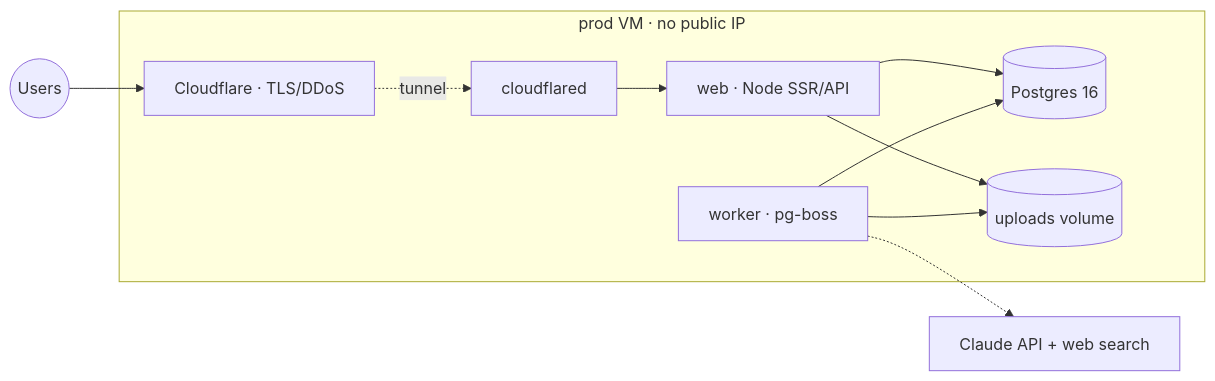
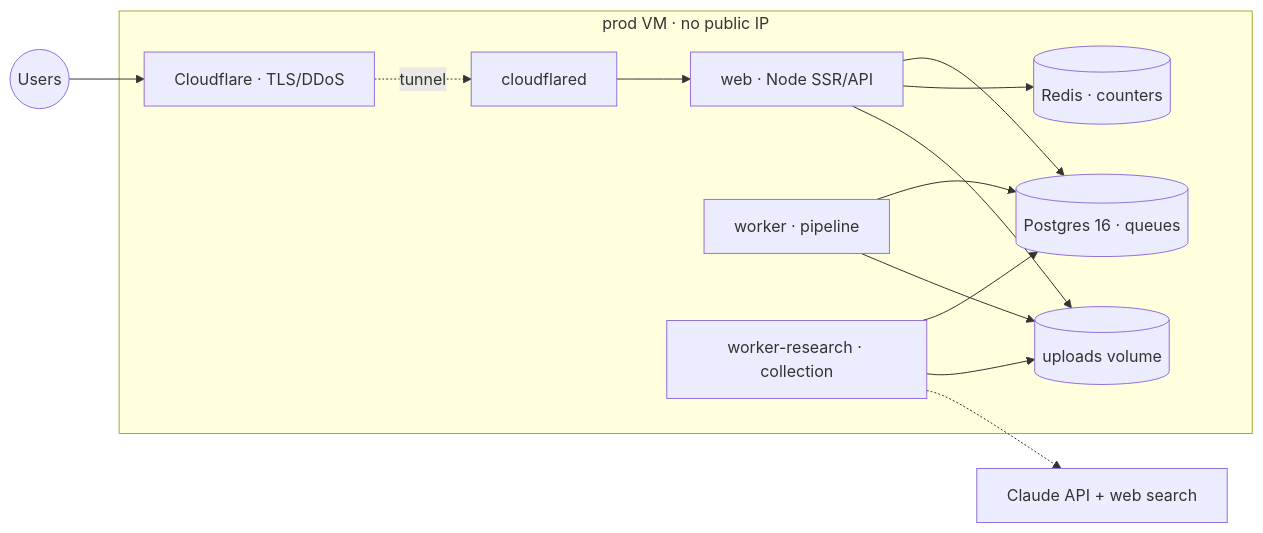
Before and after one commit to yvesjunior/oversea-sourcing: the second of 2 diagrams in README.md, drawn with Mermaid. The commit also changed other lines of this file and 4 other files, not shown here.

First line of the commit message:
feat(infra): full architecture in both stacks — worker-research and redis first-class

````diff
--- a/README.md
+++ b/README.md
@@ -916,13 +921,16 @@
 ```mermaid
 flowchart LR
     U((Users)) --> CF[Cloudflare · TLS/DDoS]
     subgraph VM [prod VM · no public IP]
         CF -. tunnel .-> T[cloudflared]
         T --> W1[web · Node SSR/API]
-        W1 --> PG[(Postgres 16)]
-        WK[worker · pg-boss] --> PG
+        W1 --> PG[(Postgres 16 · queues)]
+        W1 --> RD[(Redis · counters)]
+        WK[worker · pipeline] --> PG
+        WR[worker-research · collection] --> PG
         W1 --> UP[(uploads volume)]
         WK --> UP
+        WR --> UP
     end
-    WK -.-> CL[Claude API + web search]
+    WR -.-> CL[Claude API + web search]
 ```
````
